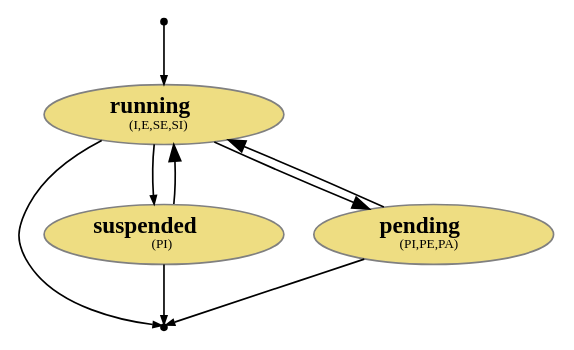
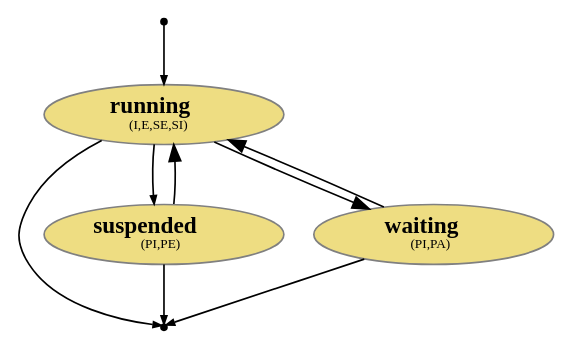
The diagram in doc/tech/intention-states.gv (jason-lang/jason), drawn with Graphviz before and after one commit. The commit also changed 20 other files, not shown here.

```diff
--- a/doc/tech/intention-states.gv
+++ b/doc/tech/intention-states.gv
@@ -1,24 +1,24 @@
 // dot intention-states.gv -Tpdf -o intention-states.pdf
 
 digraph intention_states {
    compound=true;
 
    ENTRY[shape=point,color=black,label=""];
    EXIT[shape=point,color=black,label=""];
 
      node [shape=oval,style=filled,color=gray, fillcolor="lightgoldenrod", fixedsize=shape,width=2];
      R [label=<<b>running</b><br/><font point-size="8">(I,E,SE,SI)</font>>];
-     S [label=<<b>suspended</b><br/><font point-size="8">(PI)</font>>];
-  	 P [label=<<b>pending</b><br/><font point-size="8">(PI,PE,PA)</font>>];
+     S [label=<<b>suspended</b><br/><font point-size="8">(PI,PE)</font>>];
+  	 P [label=<<b>waiting</b><br/><font point-size="8">(PI,PA)</font>>];
 
      R->S[arrowsize=0.5];
      S->R;
 
      R->P; //[label=<<i>^resumed</i>>,fontsize="8",arrowsize=0.5];
      P->R;
 
 
 	 ENTRY->R[arrowsize=0.5];
    {R,S,P} -> EXIT [arrowsize=0.5];
 
 }
```
